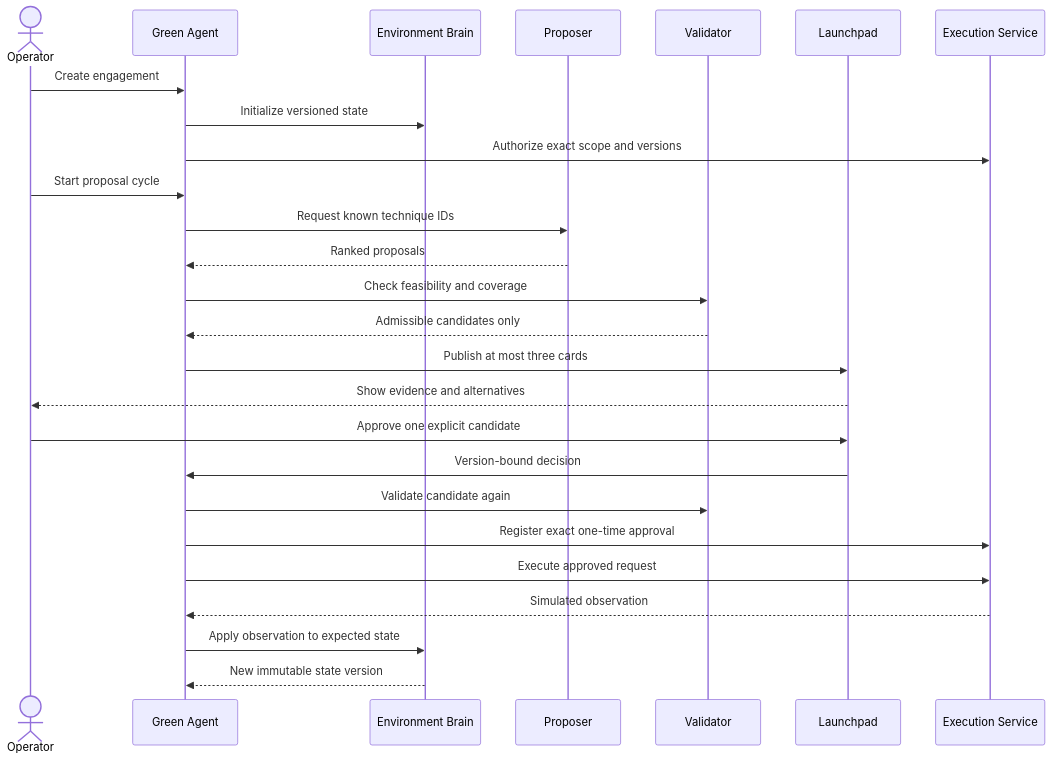
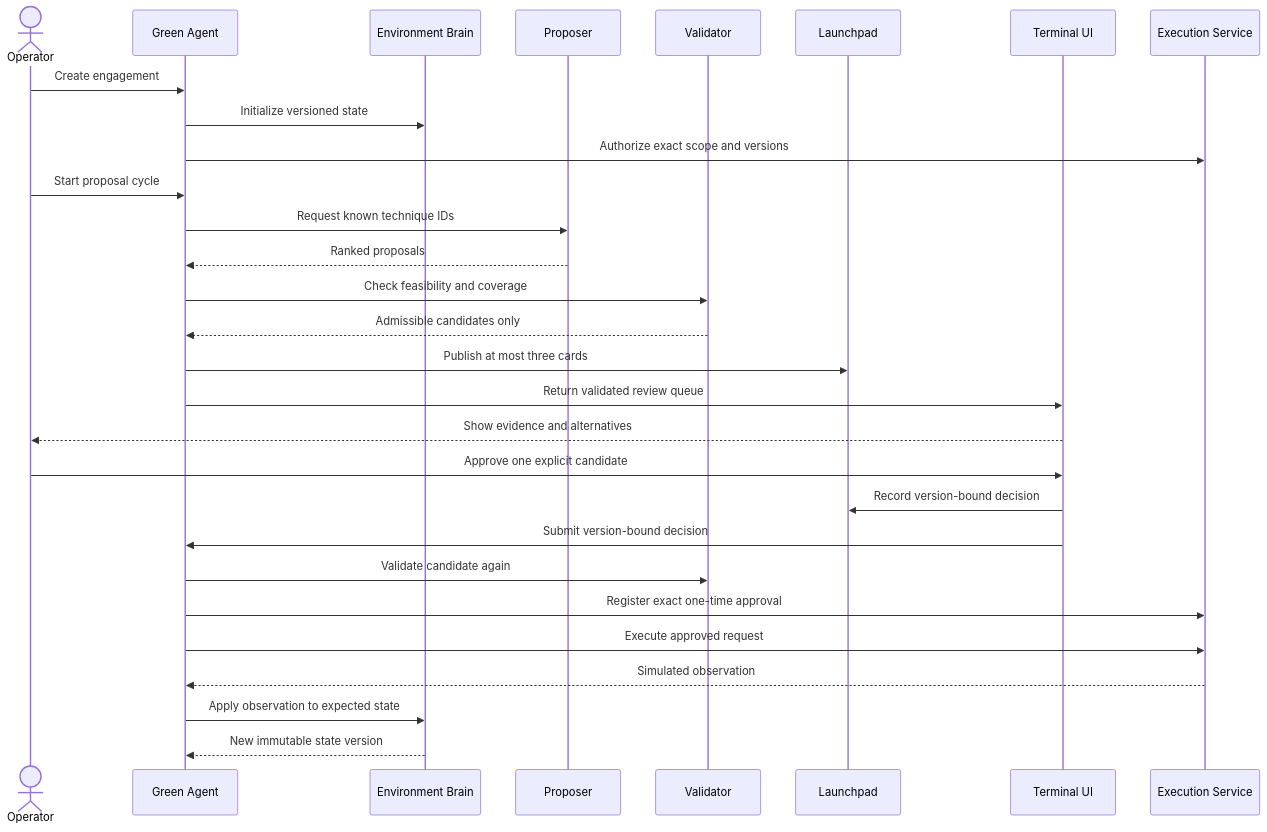
Before and after one commit to moabid42/Verisentinel: the second of 2 diagrams in code/README.md, drawn with Mermaid. The commit also changed other lines of this file and 8 other files, not shown here.

````diff
--- a/code/README.md
+++ b/code/README.md
@@ -76,29 +79,32 @@
 ```mermaid
 sequenceDiagram
     actor Operator
     participant Green as Green Agent
     participant Env as Environment Brain
     participant Prop as Proposer
     participant Val as Validator
-    participant UI as Launchpad
+    participant Store as Launchpad
+    participant UI as Terminal UI
     participant Exec as Execution Service
 
     Operator->>Green: Create engagement
     Green->>Env: Initialize versioned state
     Green->>Exec: Authorize exact scope and versions
     Operator->>Green: Start proposal cycle
     Green->>Prop: Request known technique IDs
     Prop-->>Green: Ranked proposals
     Green->>Val: Check feasibility and coverage
     Val-->>Green: Admissible candidates only
-    Green->>UI: Publish at most three cards
+    Green->>Store: Publish at most three cards
+    Green->>UI: Return validated review queue
     UI-->>Operator: Show evidence and alternatives
     Operator->>UI: Approve one explicit candidate
-    UI->>Green: Version-bound decision
+    UI->>Store: Record version-bound decision
+    UI->>Green: Submit version-bound decision
     Green->>Val: Validate candidate again
     Green->>Exec: Register exact one-time approval
     Green->>Exec: Execute approved request
     Exec-->>Green: Simulated observation
     Green->>Env: Apply observation to expected state
     Env-->>Green: New immutable state version
 ```
````
